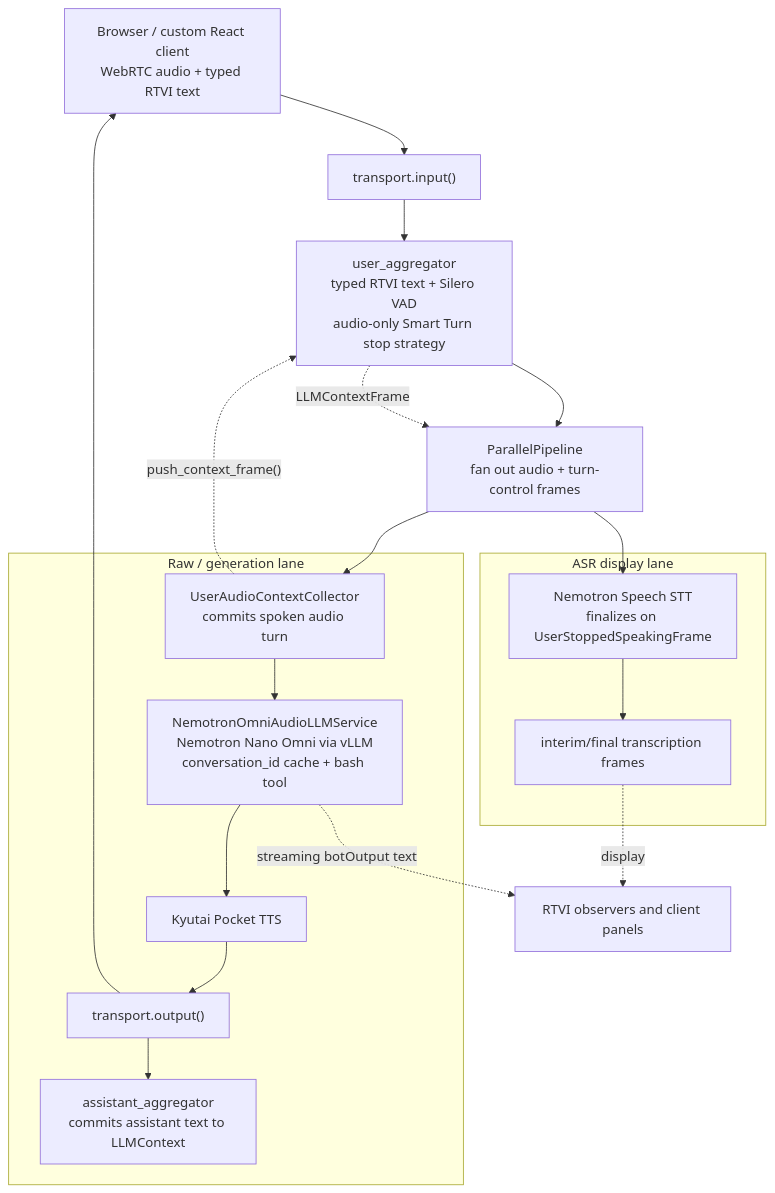
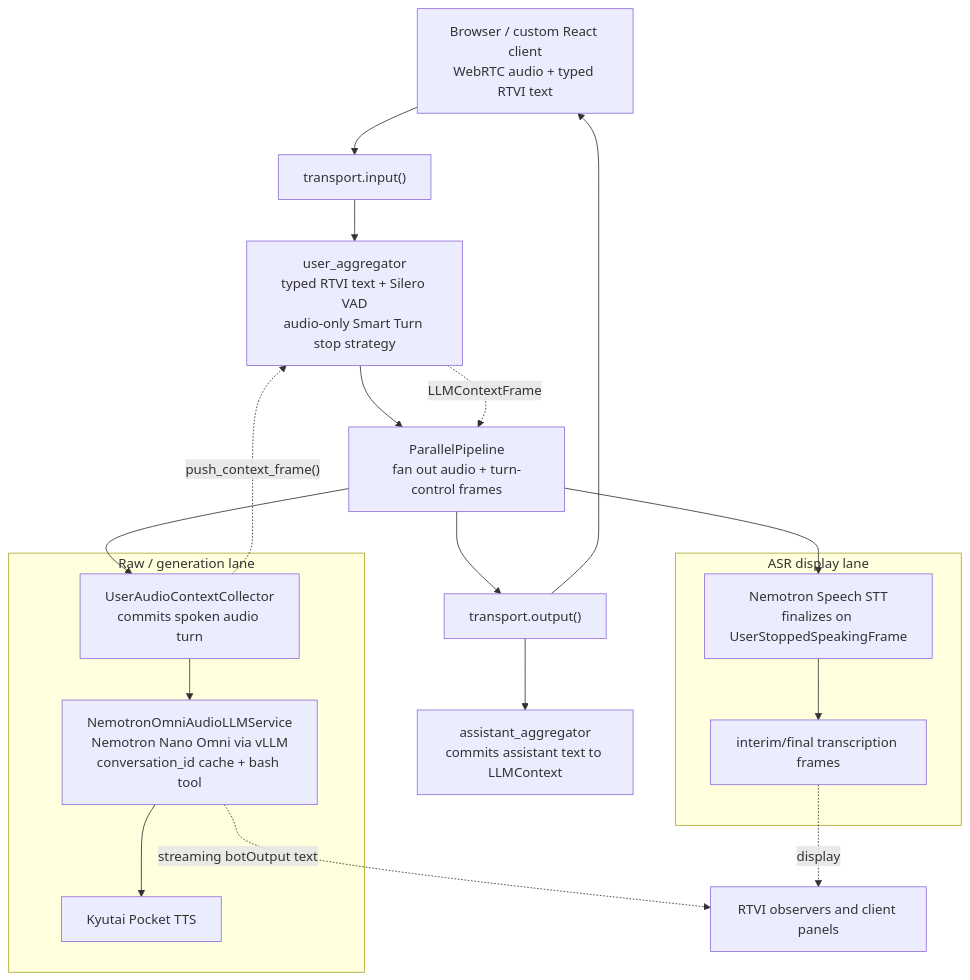
One commit to kwindla/nemotron-nano-omni changed the diagram in README.md. Above: the diagram before and after it, drawn with Mermaid. The commit also changed other lines of this file and 1 other file, not shown here.

Commit message:
Move output after parallel pipeline

````diff
--- a/README.md
+++ b/README.md
@@ -109,32 +114,32 @@
 ```mermaid
 flowchart TD
   Browser["Browser / custom React client<br/>WebRTC audio + typed RTVI text"] --> TransportIn["transport.input()"]
   TransportIn --> UserAgg["user_aggregator<br/>typed RTVI text + Silero VAD<br/>audio-only Smart Turn stop strategy"]
   UserAgg --> Parallel["ParallelPipeline<br/>fan out audio + turn-control frames"]
 
   subgraph RawLane["Raw / generation lane"]
     AudioCollector["UserAudioContextCollector<br/>commits spoken audio turn"]
     LLM["NemotronOmniAudioLLMService<br/>Nemotron Nano Omni via vLLM<br/>conversation_id cache + bash tool"]
     TTS["Kyutai Pocket TTS"]
-    TransportOut["transport.output()"]
-    AssistantAgg["assistant_aggregator<br/>commits assistant text to LLMContext"]
 
-    AudioCollector --> LLM --> TTS --> TransportOut --> AssistantAgg
+    AudioCollector --> LLM --> TTS
   end
 
   subgraph AsrLane["ASR display lane"]
     STT["Nemotron Speech STT<br/>finalizes on UserStoppedSpeakingFrame"]
     TranscriptFrames["interim/final transcription frames"]
 
     STT --> TranscriptFrames
   end
 
   Parallel --> AudioCollector
   Parallel --> STT
 
+  Parallel --> TransportOut["transport.output()"]
+  TransportOut --> AssistantAgg["assistant_aggregator<br/>commits assistant text to LLMContext"]
+  TransportOut --> Browser
   AudioCollector -. "push_context_frame()" .-> UserAgg
   UserAgg -. "LLMContextFrame" .-> Parallel
-  TransportOut --> Browser
   TranscriptFrames -. "display" .-> RTVI["RTVI observers and client panels"]
   LLM -. "streaming botOutput text" .-> RTVI
 ```
````
